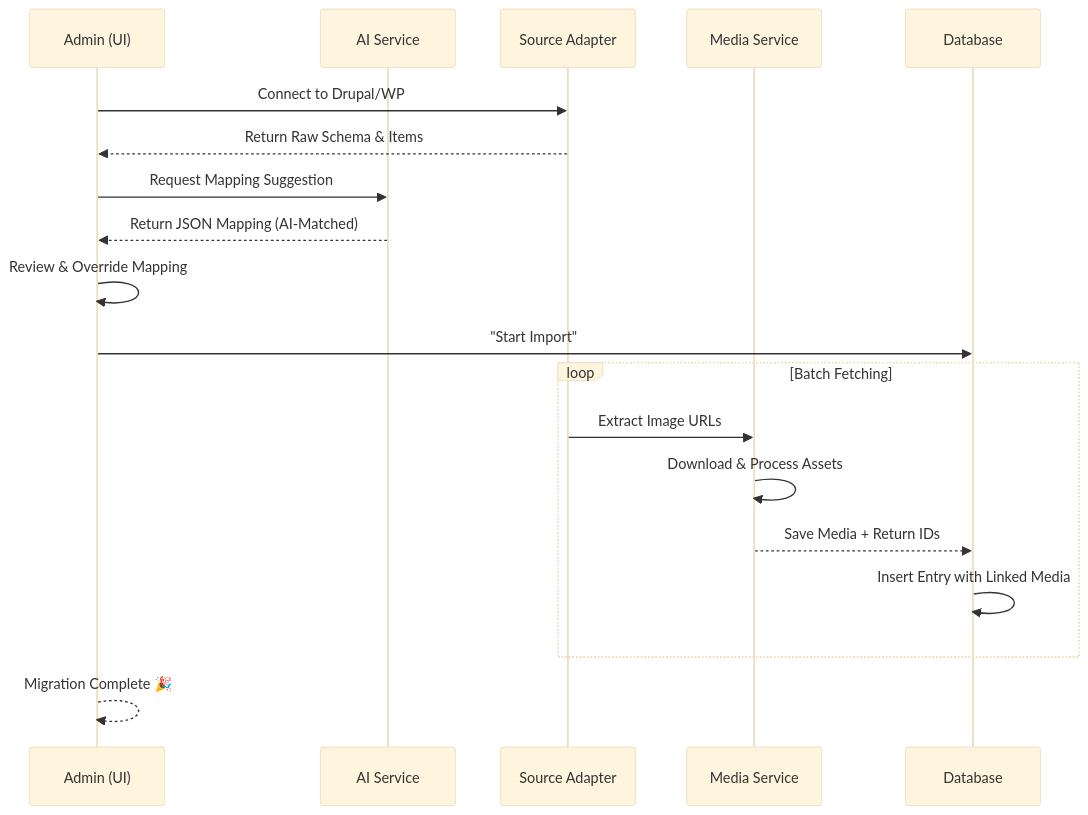
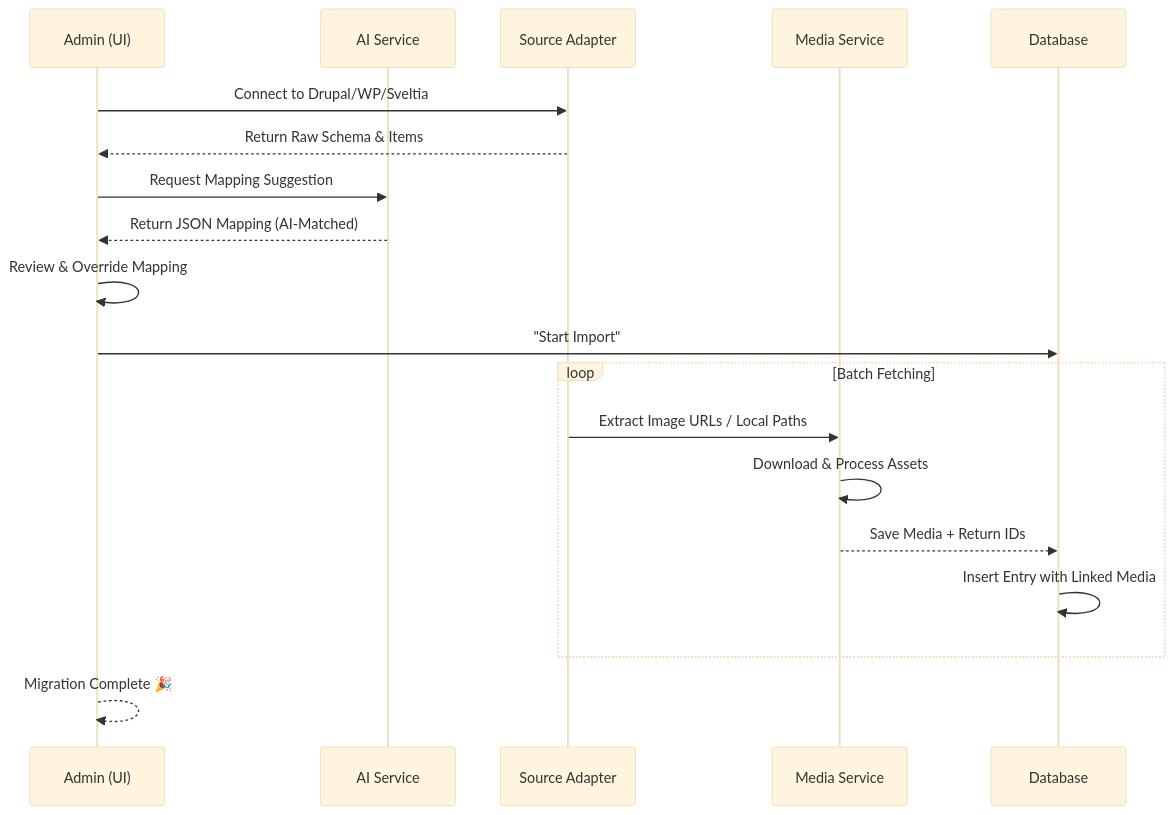
Before and after one commit to TamoorArif/SveltyCMS: the diagram in docs/guides/content/smart-importer.mdx, drawn with Mermaid (base theme). The commit also changed other lines of this file and 66 other files, not shown here.

````diff
--- a/docs/guides/content/smart-importer.mdx
+++ b/docs/guides/content/smart-importer.mdx
@@ -20,24 +21,24 @@
 ```mermaid
 sequenceDiagram
     participant User as Admin (UI)
     participant AIS as AI Service
     participant Adapter as Source Adapter
     participant Media as Media Service
     participant DB as Database
 
-    User->>Adapter: Connect to Drupal/WP
+    User->>Adapter: Connect to Drupal/WP/Sveltia
     Adapter-->>User: Return Raw Schema & Items
     User->>AIS: Request Mapping Suggestion
     AIS-->>User: Return JSON Mapping (AI-Matched)
     User->>User: Review & Override Mapping
     User->>DB: "Start Import"
 
     loop Batch Fetching
-        Adapter->>Media: Extract Image URLs
+        Adapter->>Media: Extract Image URLs / Local Paths
         Media->>Media: Download & Process Assets
         Media-->>DB: Save Media + Return IDs
         DB->>DB: Insert Entry with Linked Media
     end
 
     User-->>User: Migration Complete 🎉
 ```
````
